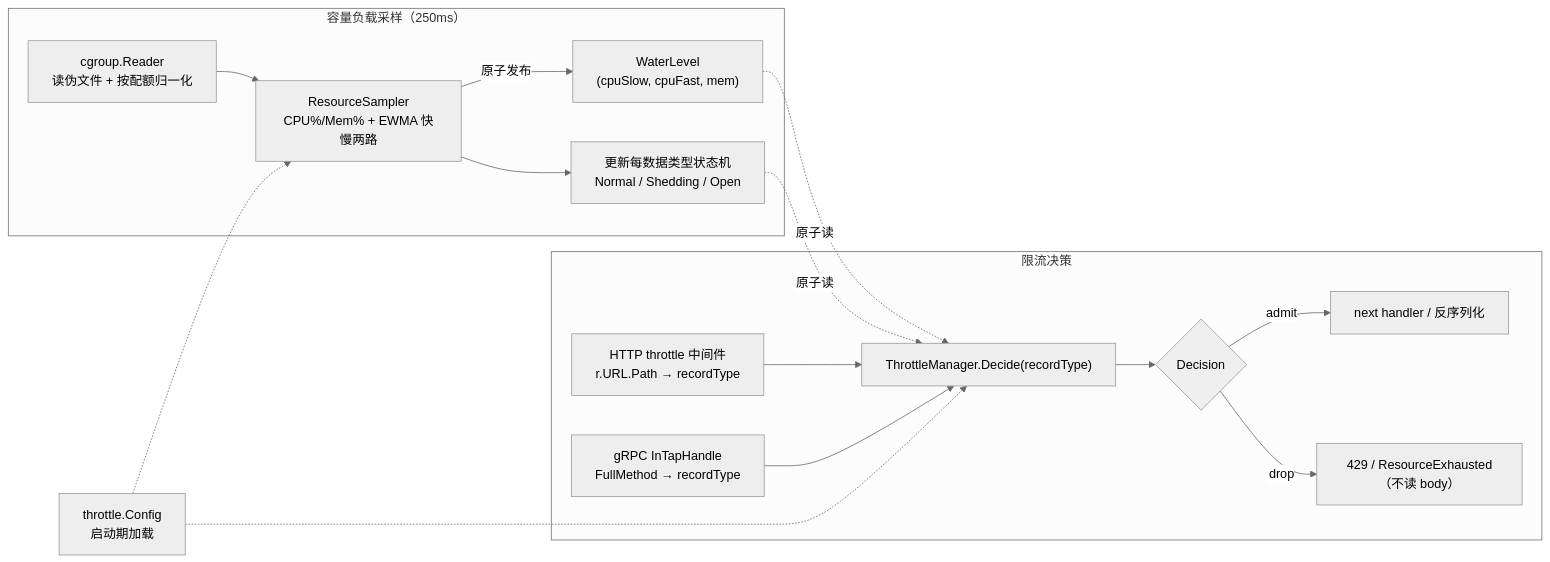
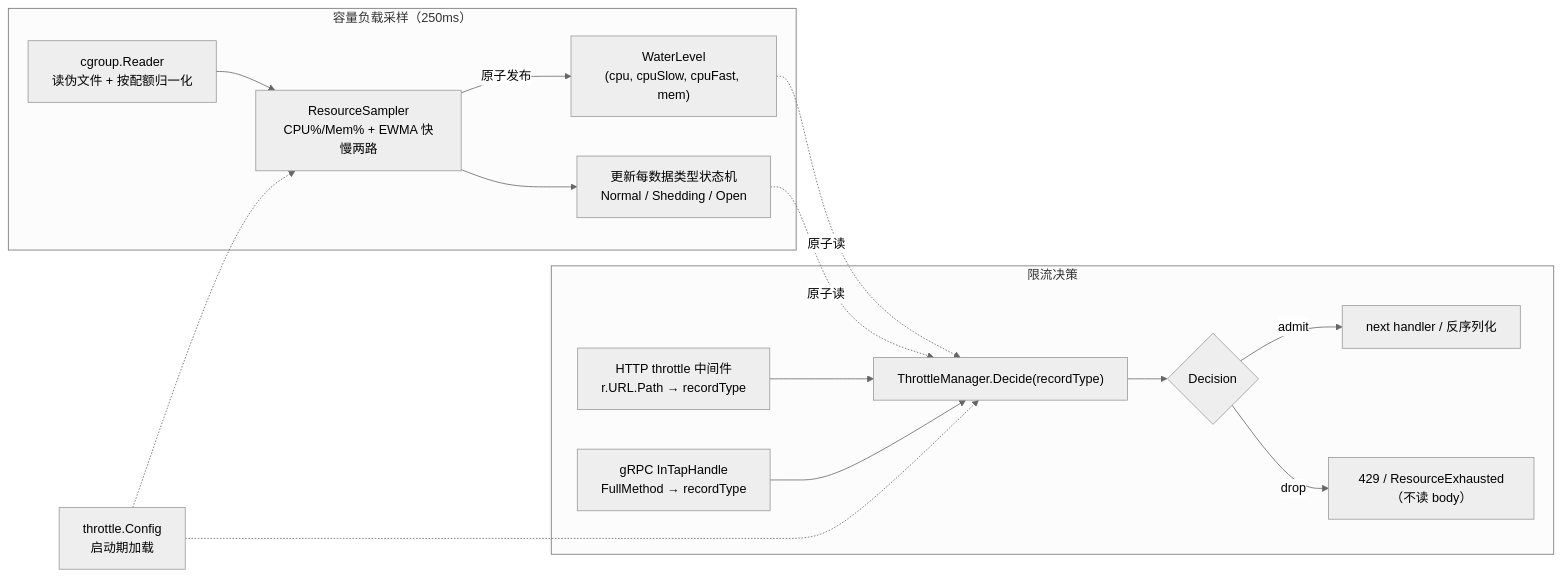
Before and after one commit to ZhuoZhuoCrayon/ai-workspace: the first of 3 diagrams in knowledge/bkmonitor-datalink/issues/2026-06-10-collector-adaptive-throttling/PLAN.md, drawn with Mermaid (neutral theme). The commit also changed other lines of this file and 4 other files, not shown here.

````diff
--- a/knowledge/bkmonitor-datalink/issues/2026-06-10-collector-adaptive-throttling/PLAN.md
+++ b/knowledge/bkmonitor-datalink/issues/2026-06-10-collector-adaptive-throttling/PLAN.md
@@ -88,19 +74,19 @@
 ```mermaid
 flowchart LR
     subgraph BG["容量负载采样（250ms）"]
         CG["cgroup.Reader<br/>读伪文件 + 按配额归一化"] --> S["ResourceSampler<br/>CPU%/Mem% + EWMA 快慢两路"]
-        S -->|原子发布| WL["WaterLevel<br/>(cpuSlow, cpuFast, mem)"]
+        S -->|原子发布| WL["WaterLevel<br/>(cpu, cpuSlow, cpuFast, mem)"]
         S --> ST["更新每数据类型状态机<br/>Normal / Shedding / Open"]
     end
     subgraph REQ["限流决策"]
         HTTP["HTTP throttle 中间件<br/>r.URL.Path → recordType"] --> M["ThrottleManager.Decide(recordType)"]
         GRPC["gRPC InTapHandle<br/>FullMethod → recordType"] --> M
         M --> D{"Decision"}
         D -->|admit| NEXT["next handler / 反序列化"]
         D -->|drop| REJ["429 / ResourceExhausted（不读 body）"]
     end
     WL -.原子读.-> M
     ST -.原子读.-> M
     CFG["throttle.Config<br/>启动期加载"] -.-> S
     CFG -.-> M
 ```
````
